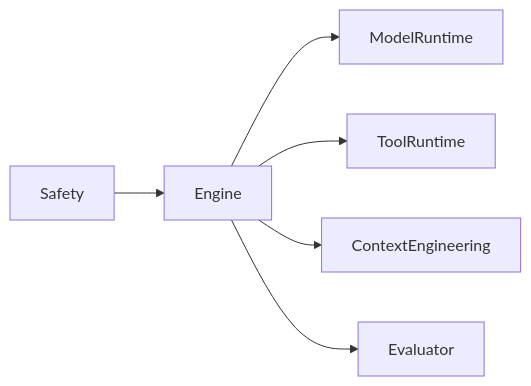
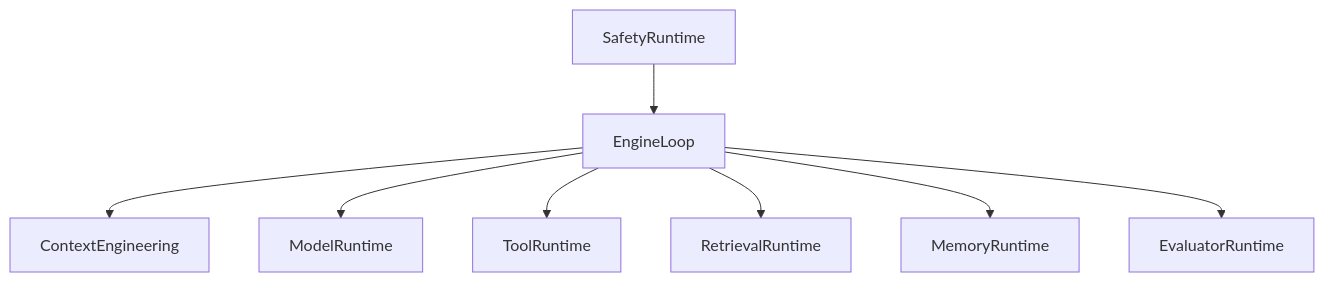
One commit to 869413421/build_agent changed the first of 3 diagrams in docs/tutorials/12-从0到1工业级Agent框架打造-第十二章-Agent-开箱即用入口与可扩展编排层.md. Above: the diagram before and after it, drawn with Mermaid. The commit also changed other lines of this file and 9 other files, not shown here.

````diff
--- a/docs/tutorials/12-从0到1工业级Agent框架打造-第十二章-Agent-开箱即用入口与可扩展编排层.md
+++ b/docs/tutorials/12-从0到1工业级Agent框架打造-第十二章-Agent-开箱即用入口与可扩展编排层.md
@@ -20,8 +23,10 @@
 ```mermaid
-flowchart LR
-  Safety --> Engine
-  Engine --> ModelRuntime
-  Engine --> ToolRuntime
-  Engine --> ContextEngineering
-  Engine --> Evaluator
+flowchart TD
+  Safety[SafetyRuntime] --> Engine[EngineLoop]
+  Engine --> Context[ContextEngineering]
+  Engine --> Model[ModelRuntime]
+  Engine --> Tool[ToolRuntime]
+  Engine --> Retrieval[RetrievalRuntime]
+  Engine --> Memory[MemoryRuntime]
+  Engine --> Evaluator[EvaluatorRuntime]
 ```
````
